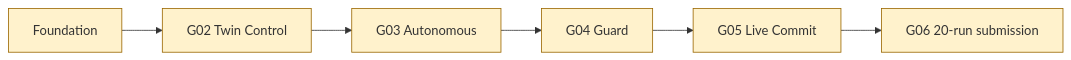
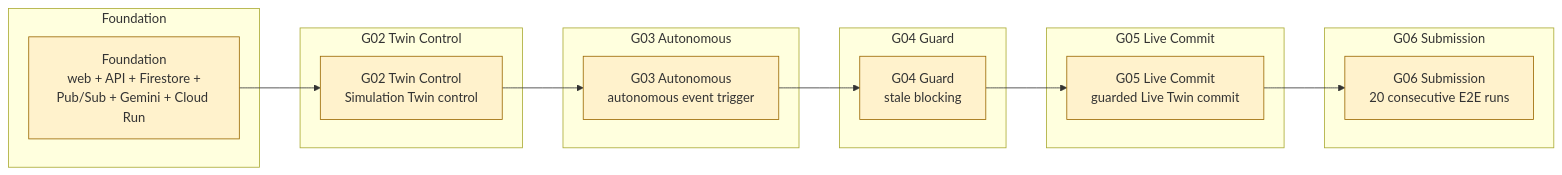
Before and after one commit to vinhphan812/retailtwin-ai: the diagram in docs/CURRENT_STATUS.md, drawn with Mermaid. The commit also changed 6 other files, not shown here.

Commit message:
docs: integrate 5 Mermaid diagrams for architecture/acceptance/gates

````diff
--- a/docs/CURRENT_STATUS.md
+++ b/docs/CURRENT_STATUS.md
@@ -109,7 +109,30 @@
 ```mermaid
 flowchart LR
-  F[Foundation] --> G2[G02 Twin Control] --> G3[G03 Autonomous] --> G4[G04 Guard]
-  G4 --> G5[G05 Live Commit] --> G6[G06 20-run submission]
+  subgraph Foundation ["Foundation"]
+    F[Foundation<br/>web + API + Firestore +<br/>Pub/Sub + Gemini + Cloud Run]
+  end
+
+  subgraph G02 ["G02 Twin Control"]
+    G2[G02 Twin Control<br/>Simulation Twin control]
+  end
+
+  subgraph G03 ["G03 Autonomous"]
+    G3[G03 Autonomous<br/>autonomous event trigger]
+  end
+
+  subgraph G04 ["G04 Guard"]
+    G4[G04 Guard<br/>stale blocking]
+  end
+
+  subgraph G05 ["G05 Live Commit"]
+    G5[G05 Live Commit<br/>guarded Live Twin commit]
+  end
+
+  subgraph G06 ["G06 Submission"]
+    G6[G06 Submission<br/>20 consecutive E2E runs]
+  end
+
+  F --> G2 --> G3 --> G4 --> G5 --> G6
   classDef pending fill:#fff2cc,stroke:#9a6700
   class F,G2,G3,G4,G5,G6 pending
 ```
````
